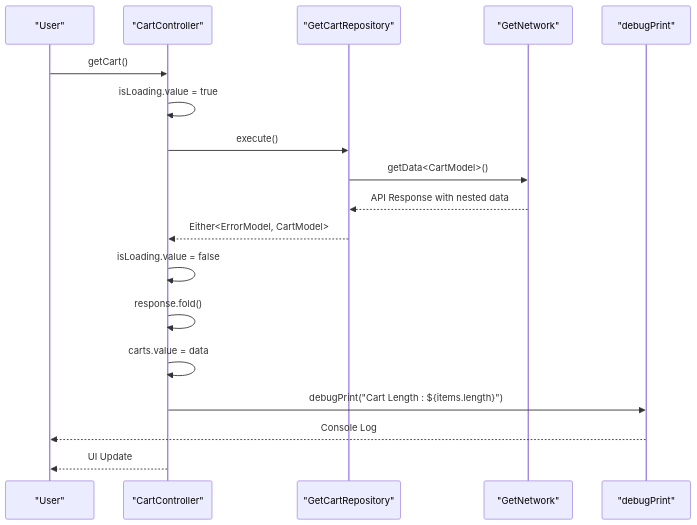
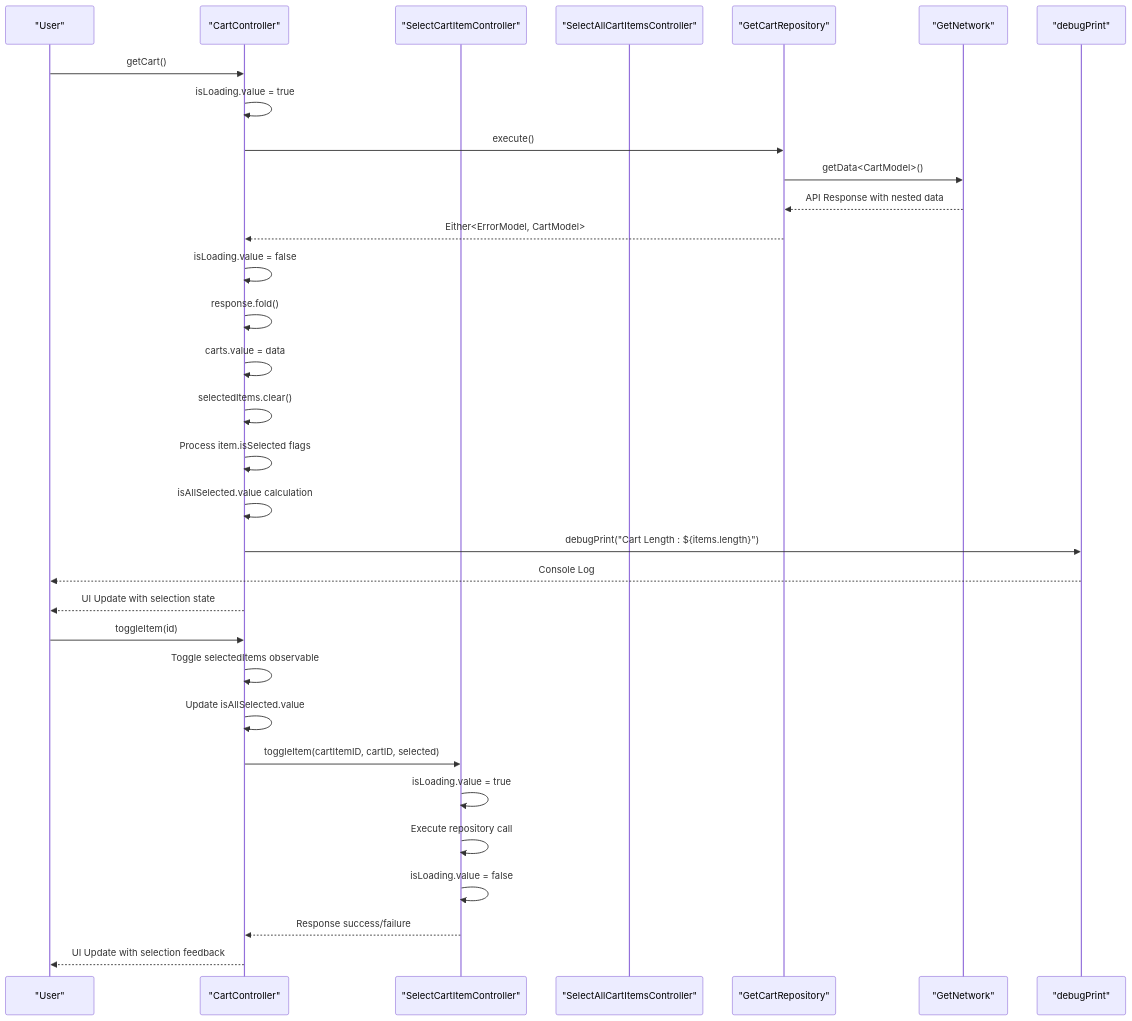
The third of 16 diagrams in .qoder/repowiki/en/content/Core Features/E-commerce Platform/Shopping Cart System.md (Ariful3111/FurniGo), drawn with Mermaid before and after one commit. The commit also changed other lines of this file and 8 other files, not shown here.

Commit message:
Cart Item Delete Completed

````diff
--- a/.qoder/repowiki/en/content/Core Features/E-commerce Platform/Shopping Cart System.md
+++ b/.qoder/repowiki/en/content/Core Features/E-commerce Platform/Shopping Cart System.md
@@ -170,20 +202,34 @@
 ```mermaid
 sequenceDiagram
 participant User as "User"
 participant Controller as "CartController"
+participant SelectItemController as "SelectCartItemController"
+participant SelectAllController as "SelectAllCartItemsController"
 participant Repository as "GetCartRepository"
 participant Network as "GetNetwork"
 participant Debug as "debugPrint"
 User->>Controller : getCart()
 Controller->>Controller : isLoading.value = true
 Controller->>Repository : execute()
 Repository->>Network : getData<CartModel>()
 Network-->>Repository : API Response with nested data
 Repository-->>Controller : Either<ErrorModel, CartModel>
 Controller->>Controller : isLoading.value = false
 Controller->>Controller : response.fold()
 Controller->>Controller : carts.value = data
+Controller->>Controller : selectedItems.clear()
+Controller->>Controller : Process item.isSelected flags
+Controller->>Controller : isAllSelected.value calculation
 Controller->>Debug : debugPrint("Cart Length : ${items.length}")
 Debug-->>User : Console Log
-Controller-->>User : UI Update
+Controller-->>User : UI Update with selection state
+User->>Controller : toggleItem(id)
+Controller->>Controller : Toggle selectedItems observable
+Controller->>Controller : Update isAllSelected.value
+Controller->>SelectItemController : toggleItem(cartItemID, cartID, selected)
+SelectItemController->>SelectItemController : isLoading.value = true
+SelectItemController->>SelectItemController : Execute repository call
+SelectItemController->>SelectItemController : isLoading.value = false
+SelectItemController-->>Controller : Response success/failure
+Controller-->>User : UI Update with selection feedback
 ```
````
